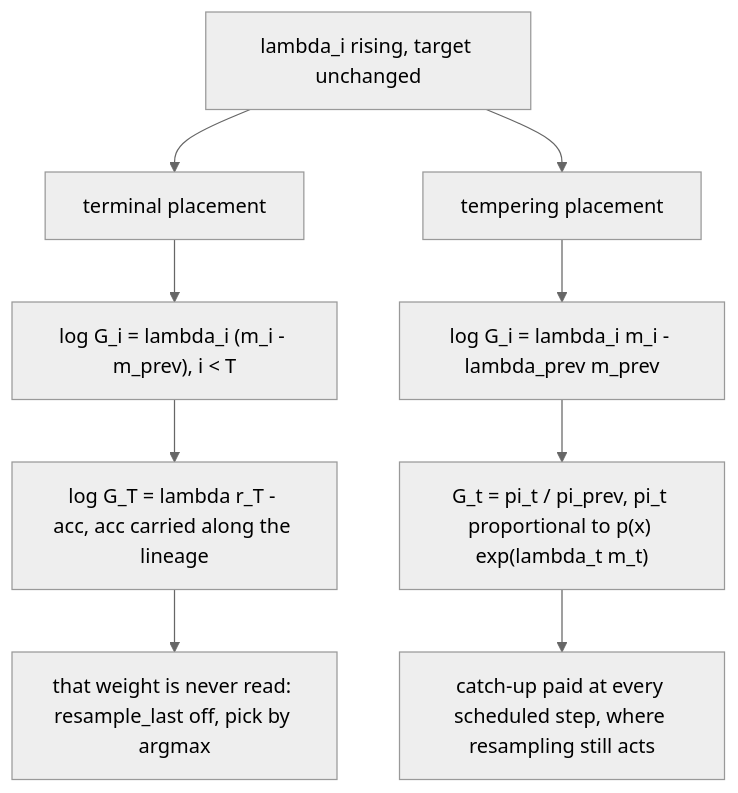
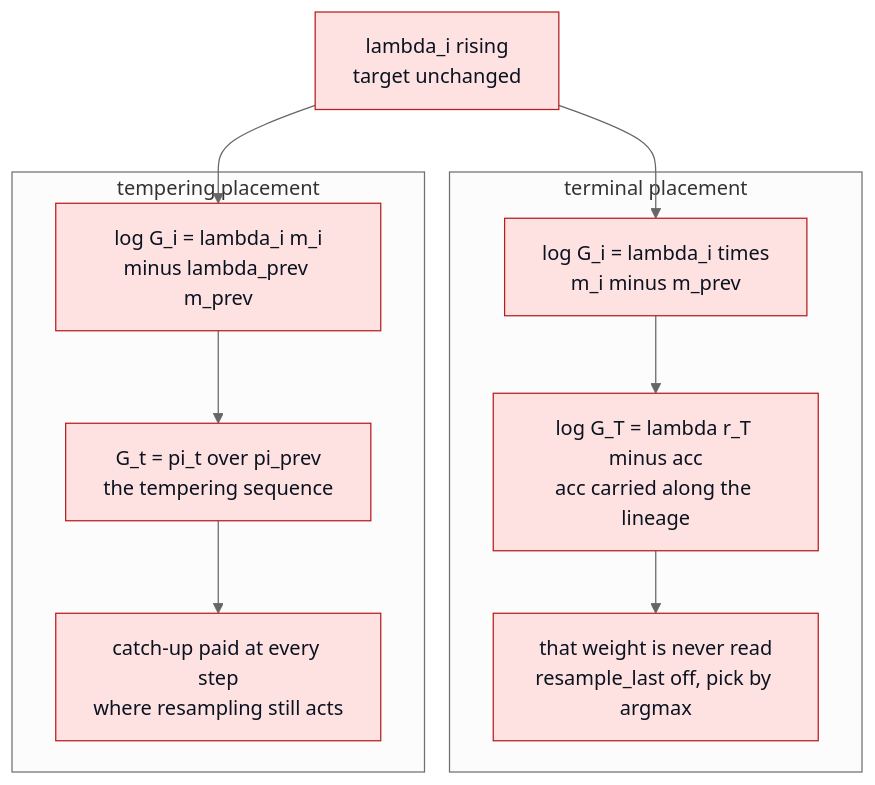
The sixth of 6 diagrams in docs/architecture.md (fogatogl/FK_steering_implementation), drawn with Mermaid (neutral theme) before and after one commit. The commit also changed other lines of this file, not shown here.

Commit message:
the six diagrams read top to bottom, inside the text column, with one colour code for the roles

````diff
--- a/docs/architecture.md
+++ b/docs/architecture.md
@@ -363,11 +402,19 @@
 ```mermaid
 flowchart TB
-    R["lambda_i rising, target unchanged"] --> TERM["terminal placement"]
-    R --> TEMP["tempering placement"]
-    TERM --> T1["log G_i = lambda_i (m_i - m_prev), i < T"]
-    T1 --> T2["log G_T = lambda r_T - acc, acc carried along the lineage"]
-    T2 --> T3["that weight is never read: resample_last off, pick by argmax"]
-    TEMP --> P1["log G_i = lambda_i m_i - lambda_prev m_prev"]
-    P1 --> P2["G_t = pi_t / pi_prev, pi_t proportional to p(x) exp(lambda_t m_t)"]
-    P2 --> P3["catch-up paid at every scheduled step, where resampling still acts"]
+    R["lambda_i rising<br>target unchanged"]:::smc
+    subgraph TERM["terminal placement"]
+        T1["log G_i = lambda_i times<br>m_i minus m_prev"]:::smc
+        T2["log G_T = lambda r_T minus acc<br>acc carried along the lineage"]:::smc
+        T3["that weight is never read<br>resample_last off, pick by argmax"]:::smc
+        T1 --> T2 --> T3
+    end
+    subgraph TEMP["tempering placement"]
+        P1["log G_i = lambda_i m_i<br>minus lambda_prev m_prev"]:::smc
+        P2["G_t = pi_t over pi_prev<br>the tempering sequence"]:::smc
+        P3["catch-up paid at every step<br>where resampling still acts"]:::smc
+        P1 --> P2 --> P3
+    end
+    R --> T1
+    R --> P1
+    classDef smc fill:#fee2e2,stroke:#b91c1c,stroke-width:1px,color:#0b1220
 ```
````
